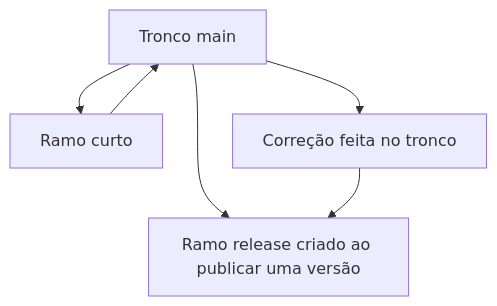
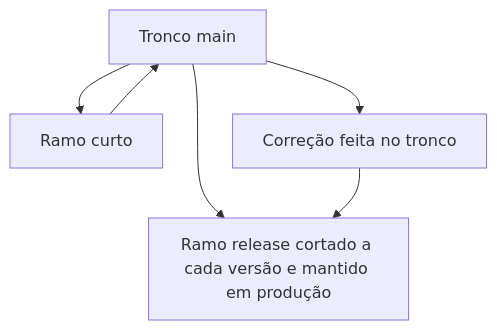
Before and after one commit to arkhibr/devops-fluxos-c3dm: the third of 3 diagrams in cenarios/02-estrategia-branches/README.md, drawn with Mermaid. The commit also changed other lines of this file and 2 other files, not shown here.

First line of the commit message:
docs(02): corrige o Release Flow e ajusta README, script e testes do ruleset (#2)

````diff
--- a/cenarios/02-estrategia-branches/README.md
+++ b/cenarios/02-estrategia-branches/README.md
@@ -30,8 +32,8 @@
 ```mermaid
 flowchart TB
     T["Tronco main"] --> B["Ramo curto"]
     B --> T
-    T --> L["Ramo release criado ao publicar uma versão"]
+    T --> L["Ramo release cortado a cada versão e mantido em produção"]
     T --> K["Correção feita no tronco"]
     K --> L
 ```
````
